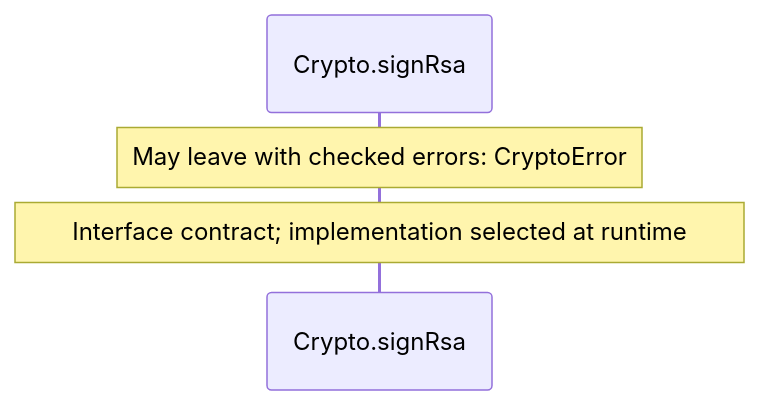
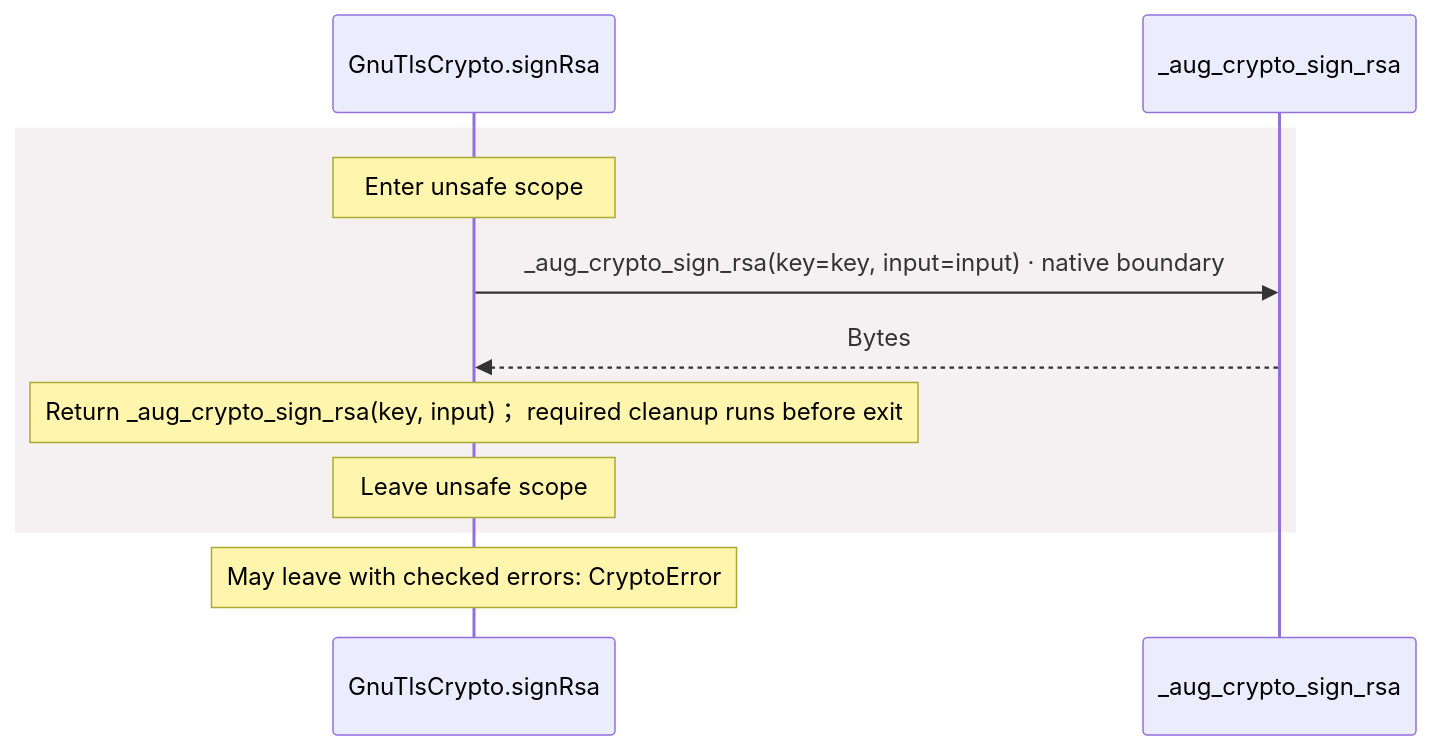
Before and after one commit to GreenPandaStudios/augscript: the eighth of 14 diagrams in docs/examples/oidc-login/dependencies/packages/@git/url_9ef654c66d34ab8f5527/0.0.0-git.b14a0f9aa41f1ce58bd51133bcdc424033e40d40/contracts-diagrams.md, drawn with Mermaid. The commit also changed other lines of this file and 524 other files, not shown here.

Commit message:
Explain checked data flow at folder and service levels

````diff
--- a/docs/examples/oidc-login/dependencies/packages/@git/url_9ef654c66d34ab8f5527/0.0.0-git.b14a0f9aa41f1ce58bd51133bcdc424033e40d40/contracts-diagrams.md
+++ b/docs/examples/oidc-login/dependencies/packages/@git/url_9ef654c66d34ab8f5527/0.0.0-git.b14a0f9aa41f1ce58bd51133bcdc424033e40d40/contracts-diagrams.md
@@ -172,7 +371,13 @@
 ```mermaid
 sequenceDiagram
-    participant p0 as Crypto.signRsa
-
+    participant p0 as GnuTlsCrypto.signRsa
+    participant p1 as _aug_crypto_sign_rsa
+    rect rgb(245, 240, 241)
+    Note over p0: Enter unsafe scope
+    p0->>p1: _aug_crypto_sign_rsa(key=key, input=input) · native boundary
+    p1-->>p0: Bytes
+    Note over p0: Return _aug_crypto_sign_rsa(key, input)； required cleanup runs before exit
+    Note over p0: Leave unsafe scope
+    end
     Note over p0: May leave with checked errors: CryptoError
-    Note over p0: Interface contract#59; implementation selected at runtime
 ```
````
